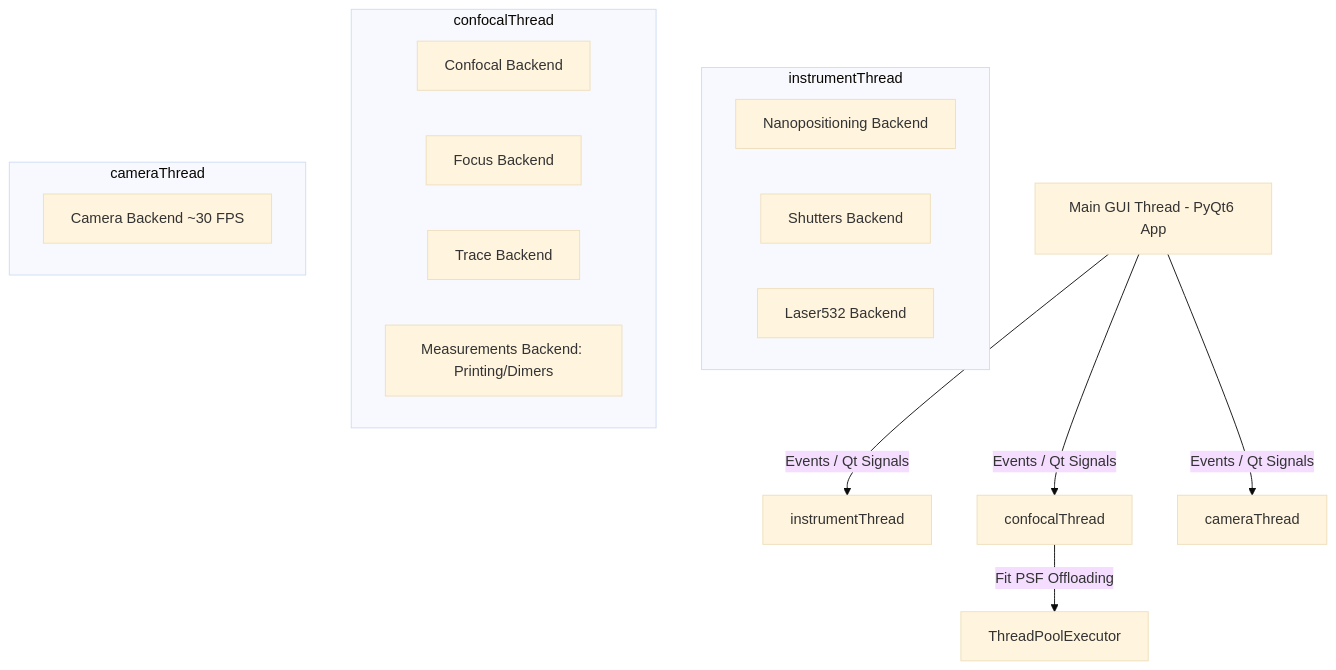
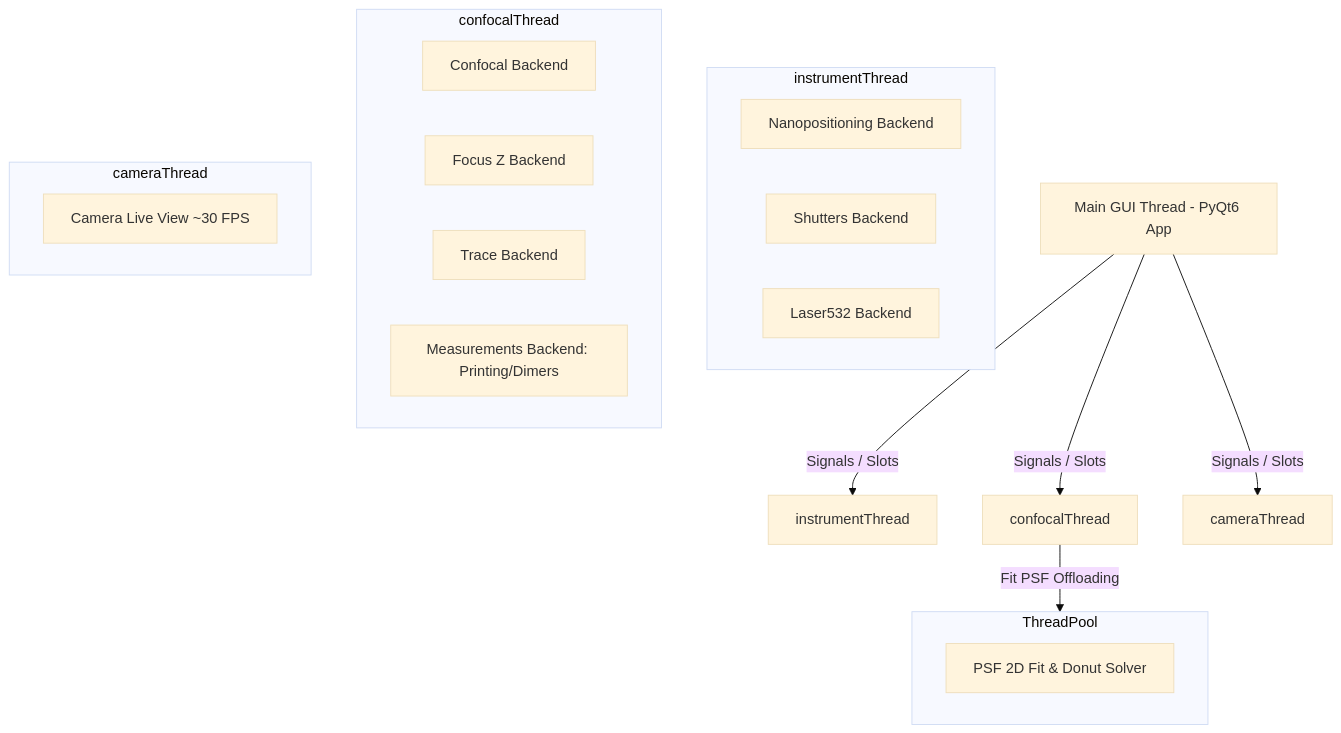
One commit to joselitog1999/pyprinting_3.0 changed the first of 3 diagrams in README.md. Above: the diagram before and after it, drawn with Mermaid (base theme). The commit also changed other lines of this file and 1 other file, not shown here.

Commit message:
Update README.md and MANUAL_USUARIO.md with physical context, LaTeX mathematical formulas, Mermaid diagrams, and PSF Analyzer docs

````diff
--- a/README.md
+++ b/README.md
@@ -69,24 +110,28 @@
 ```mermaid
 graph TD
-    GUI[Main GUI Thread - PyQt6 App] -->|Events / Qt Signals| InstrumentThread[instrumentThread]
-    GUI -->|Events / Qt Signals| ConfocalThread[confocalThread]
-    GUI -->|Events / Qt Signals| CameraThread[cameraThread]
+    GUI[Main GUI Thread - PyQt6 App] -->|Signals / Slots| InstrumentThread[instrumentThread]
+    GUI -->|Signals / Slots| ConfocalThread[confocalThread]
+    GUI -->|Signals / Slots| CameraThread[cameraThread]
     ConfocalThread -->|Fit PSF Offloading| ThreadPool[ThreadPoolExecutor]
 
     subgraph instrumentThread
         nanoWorker[Nanopositioning Backend]
         shuttersWorker[Shutters Backend]
         laserBackend[Laser532 Backend]
     end
 
     subgraph confocalThread
         confocalWorker[Confocal Backend]
-        focusWorker[Focus Backend]
+        focusWorker[Focus Z Backend]
         traceWorker[Trace Backend]
         measWorker[Measurements Backend: Printing/Dimers]
     end
 
     subgraph cameraThread
-        cameraWorker[Camera Backend ~30 FPS]
+        cameraWorker[Camera Live View ~30 FPS]
+    end
+
+    subgraph ThreadPool
+        psfWorker[PSF 2D Fit & Donut Solver]
     end
 ```
````
